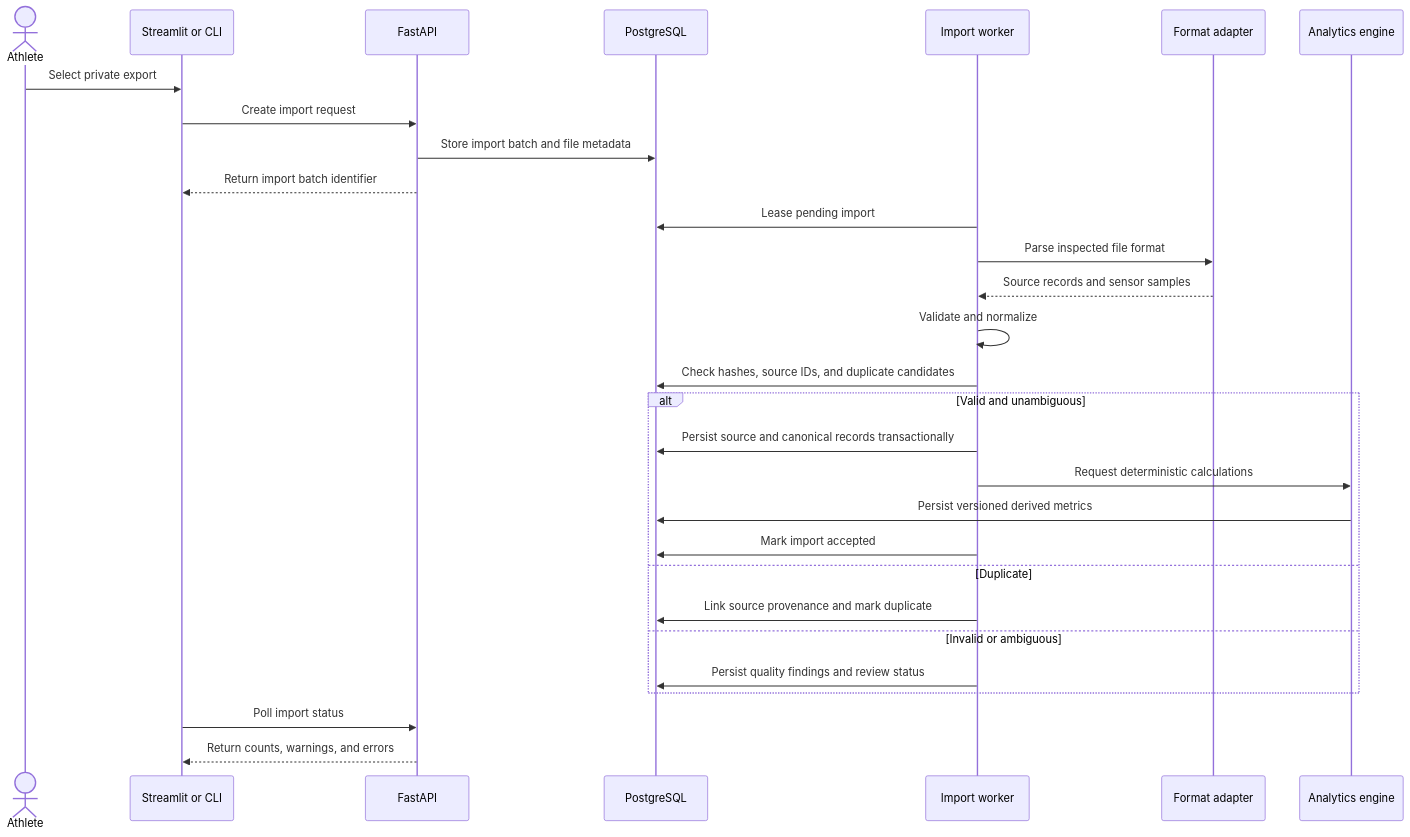
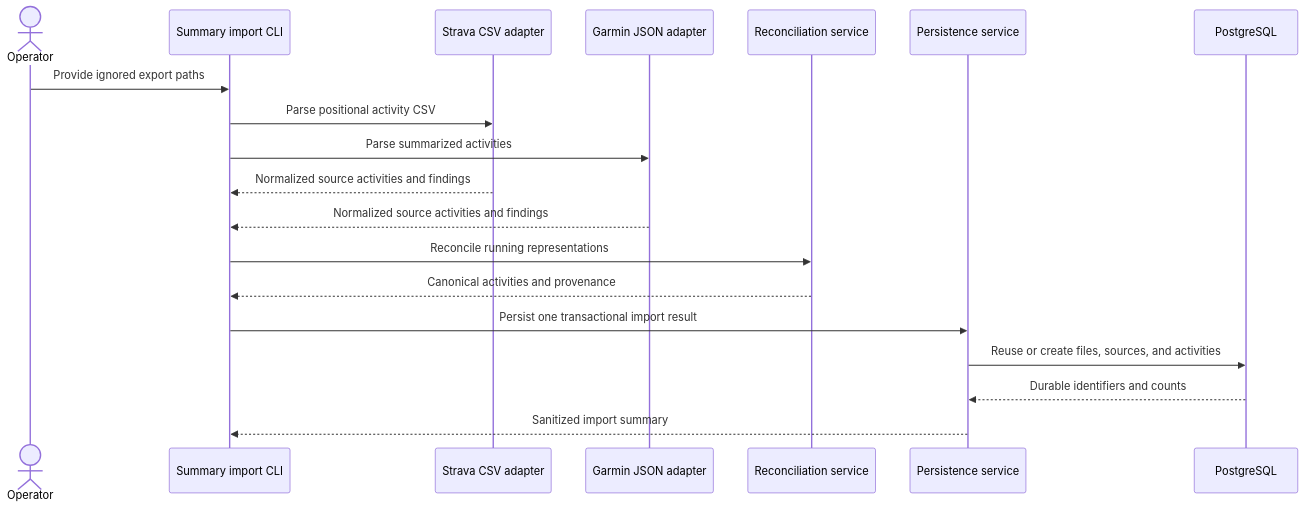
The third of 9 diagrams in docs/architecture.md (saadBr/runcoach-ai), drawn with Mermaid before and after one commit. The commit also changed other lines of this file, not shown here.

Commit message:
docs: align architecture with implemented platform

````diff
--- a/docs/architecture.md
+++ b/docs/architecture.md
@@ -126,34 +182,22 @@
 ```mermaid
 sequenceDiagram
-    actor Athlete
-    participant UI as Streamlit or CLI
-    participant API as FastAPI
+    actor Operator
+    participant CLI as Summary import CLI
+    participant Strava as Strava CSV adapter
+    participant Garmin as Garmin JSON adapter
+    participant Reconcile as Reconciliation service
+    participant Persist as Persistence service
     participant DB as PostgreSQL
-    participant Worker as Import worker
-    participant Parser as Format adapter
-    participant Metrics as Analytics engine
 
-    Athlete->>UI: Select private export
-    UI->>API: Create import request
-    API->>DB: Store import batch and file metadata
-    API-->>UI: Return import batch identifier
-    Worker->>DB: Lease pending import
-    Worker->>Parser: Parse inspected file format
-    Parser-->>Worker: Source records and sensor samples
-    Worker->>Worker: Validate and normalize
-    Worker->>DB: Check hashes, source IDs, and duplicate candidates
-
-    alt Valid and unambiguous
-        Worker->>DB: Persist source and canonical records transactionally
-        Worker->>Metrics: Request deterministic calculations
-        Metrics->>DB: Persist versioned derived metrics
-        Worker->>DB: Mark import accepted
-    else Duplicate
-        Worker->>DB: Link source provenance and mark duplicate
-    else Invalid or ambiguous
-        Worker->>DB: Persist quality findings and review status
-    end
-
-    UI->>API: Poll import status
-    API-->>UI: Return counts, warnings, and errors
+    Operator->>CLI: Provide ignored export paths
+    CLI->>Strava: Parse positional activity CSV
+    CLI->>Garmin: Parse summarized activities
+    Strava-->>CLI: Normalized source activities and findings
+    Garmin-->>CLI: Normalized source activities and findings
+    CLI->>Reconcile: Reconcile running representations
+    Reconcile-->>CLI: Canonical activities and provenance
+    CLI->>Persist: Persist one transactional import result
+    Persist->>DB: Reuse or create files, sources, and activities
+    DB-->>Persist: Durable identifiers and counts
+    Persist-->>CLI: Sanitized import summary
 ```
````
